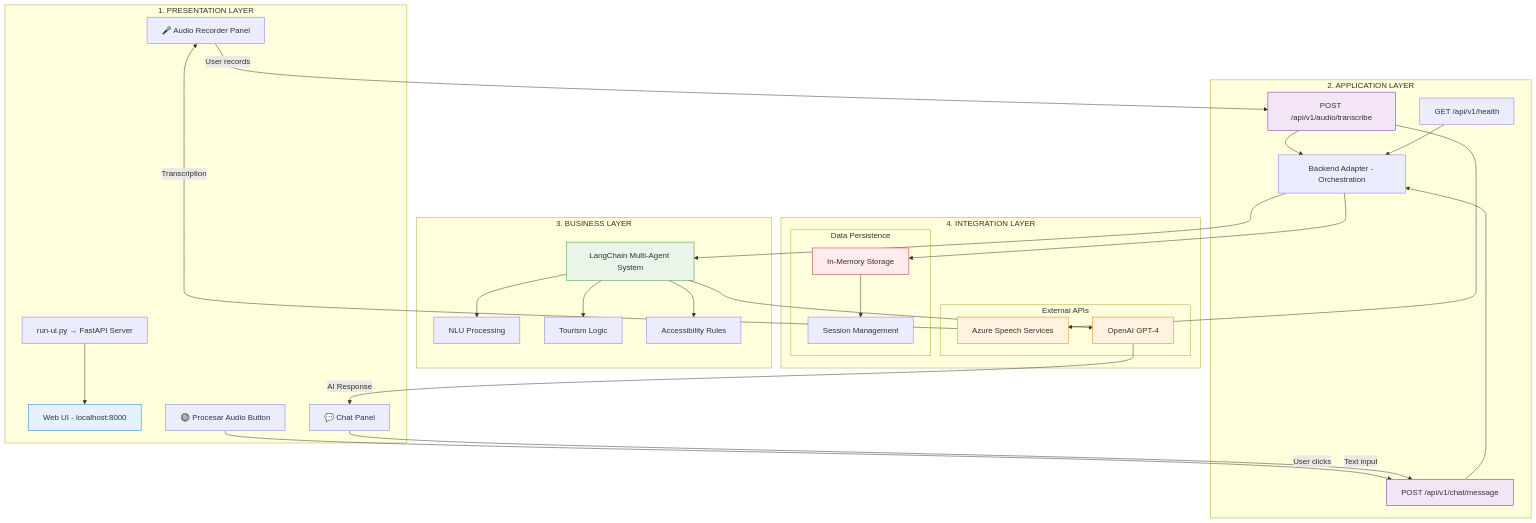
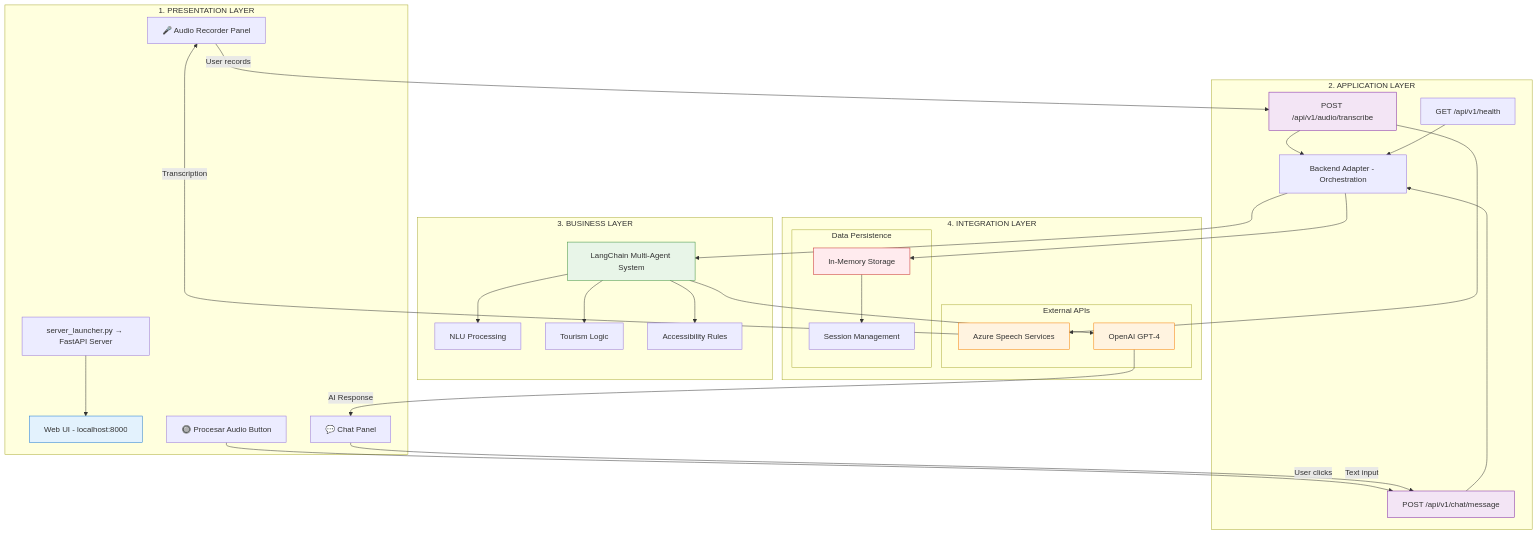
Before and after one commit to alejandro-ayala/voiceFlowPOC: the first of 3 diagrams in documentation/ARCHITECTURE_VOICE-FLOW-POC.md, drawn with Mermaid. The commit also changed other lines of this file and 22 other files, not shown here.

````diff
--- a/documentation/ARCHITECTURE_VOICE-FLOW-POC.md
+++ b/documentation/ARCHITECTURE_VOICE-FLOW-POC.md
@@ -31,72 +32,72 @@
 ```mermaid
 graph TD
     subgraph "1. PRESENTATION LAYER"
         UI[Web UI - localhost:8000]
         AR[🎤 Audio Recorder Panel]
         CH[💬 Chat Panel]
         PA[🔘 Procesar Audio Button]
-        WEB[run-ui.py → FastAPI Server]
+        WEB[server_launcher.py → FastAPI Server]
     end
     
     subgraph "2. APPLICATION LAYER"
         API1[POST /api/v1/audio/transcribe]
         API2[POST /api/v1/chat/message]
         API3[GET /api/v1/health]
         ADAPTER[Backend Adapter - Orchestration]
     end
     
     subgraph "3. BUSINESS LAYER"
         AGENTS[LangChain Multi-Agent System]
         NLU[NLU Processing]
         TOURISM[Tourism Logic]
         ACCESSIBILITY[Accessibility Rules]
     end
     
     subgraph "4. INTEGRATION LAYER"
         subgraph "External APIs"
             STT[Azure Speech Services]
             OPENAI[OpenAI GPT-4]
         end
         subgraph "Data Persistence"
             MEMORY[In-Memory Storage]
             SESSION[Session Management]
         end
     end
     
     
     %% Flow connections - Presentation to Application
     WEB --> UI
     AR --> |User records| API1
     PA --> |User clicks| API2
     CH --> |Text input| API2
     
     %% Application to Business
     API1 --> ADAPTER
     API2 --> ADAPTER
     API3 --> ADAPTER
     ADAPTER --> AGENTS
     
     %% Business Layer Processing
     AGENTS --> NLU
     AGENTS --> TOURISM
     AGENTS --> ACCESSIBILITY
     
     %% Integration Layer
     API1 --> STT
     AGENTS --> OPENAI
     ADAPTER --> MEMORY
     MEMORY --> SESSION
     
     %% Response flow back
     STT --> |Transcription| AR
     OPENAI --> |AI Response| CH
     
     %% Layer styling
     style UI fill:#e3f2fd,stroke:#1976d2
     style API1 fill:#f3e5f5,stroke:#7b1fa2
     style API2 fill:#f3e5f5,stroke:#7b1fa2
     style AGENTS fill:#e8f5e8,stroke:#388e3c
     style STT fill:#fff3e0,stroke:#f57c00
     style OPENAI fill:#fff3e0,stroke:#f57c00
     style MEMORY fill:#ffebee,stroke:#c62828
 ```
````
